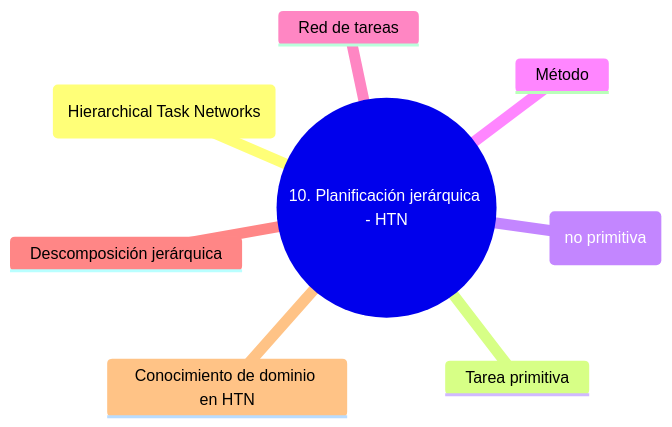
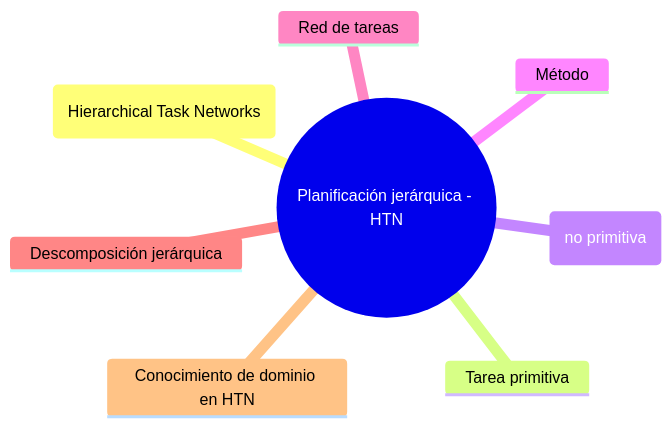
The tenth of 17 diagrams in src/src/data/blog/2026/05/es/glosario-razonamiento-planificacion.mdx (rgglez/rgglez-website), drawn with Mermaid before and after one commit. The commit also changed other lines of this file and 42 other files, not shown here.

````diff
--- a/src/src/data/blog/2026/05/es/glosario-razonamiento-planificacion.mdx
+++ b/src/src/data/blog/2026/05/es/glosario-razonamiento-planificacion.mdx
@@ -1151,11 +1165,11 @@
 ```mermaid
 mindmap
-  root((10. Planificación jerárquica - HTN))
+  root(("Planificación jerárquica - HTN"))
     HTN (Hierarchical Task Networks)
     Tarea primitiva
     Tarea compuesta (no primitiva)
     Método
     Red de tareas
     Descomposición jerárquica
     Conocimiento de dominio en HTN
 ```
````
